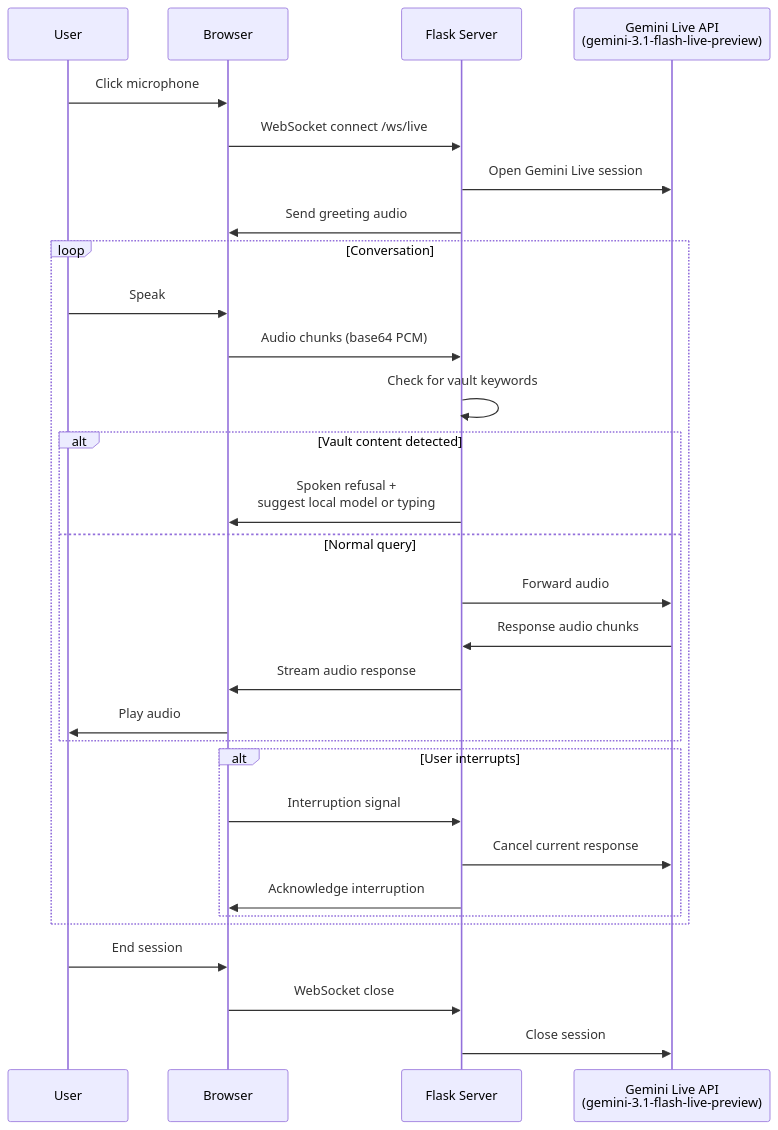
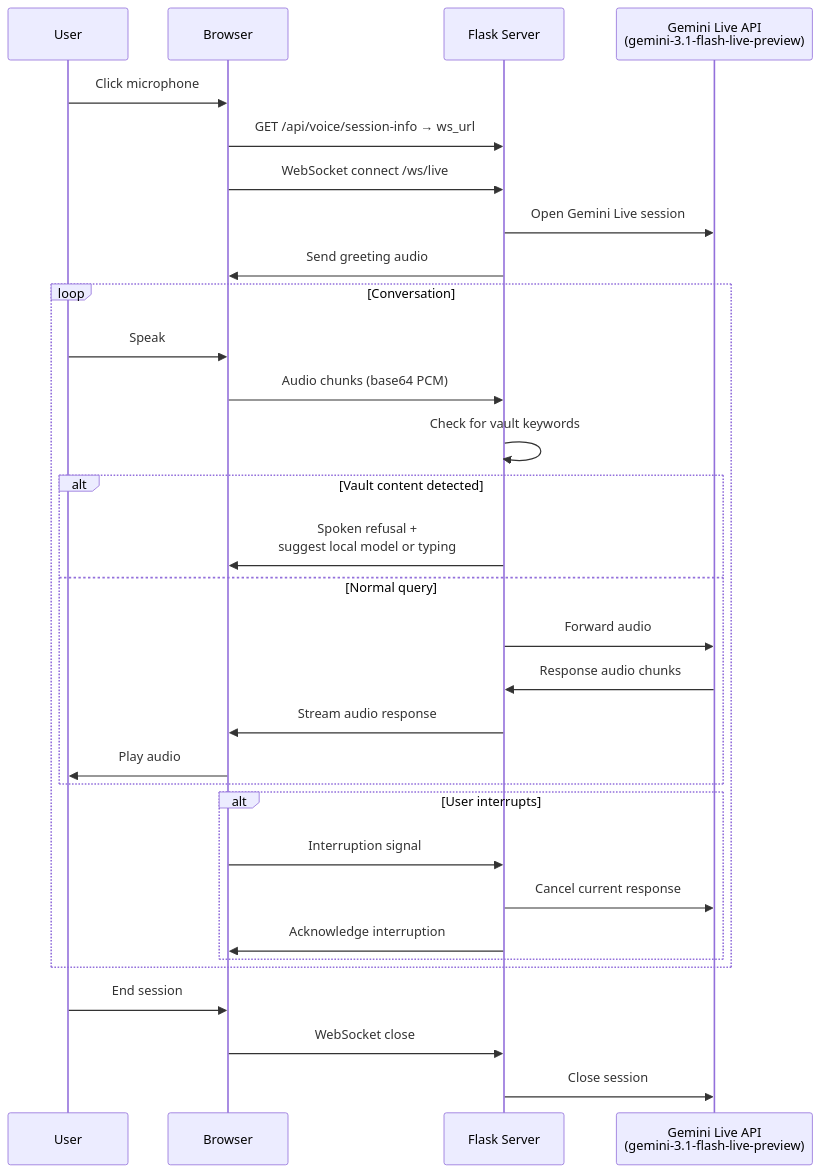
One commit to FutureSpeakAI/Agent-Friday changed the fifth of 8 diagrams in docs/ARCHITECTURE.md. Above: the diagram before and after it, drawn with Mermaid. The commit also changed other lines of this file and 34 other files, not shown here.

````diff
--- a/docs/ARCHITECTURE.md
+++ b/docs/ARCHITECTURE.md
@@ -217,37 +228,38 @@
 ```mermaid
 sequenceDiagram
     participant User
     participant Browser
     participant Flask as Flask Server
     participant Gemini as Gemini Live API<br/>(gemini-3.1-flash-live-preview)
 
     User->>Browser: Click microphone
+    Browser->>Flask: GET /api/voice/session-info → ws_url
     Browser->>Flask: WebSocket connect /ws/live
     Flask->>Gemini: Open Gemini Live session
     Flask->>Browser: Send greeting audio
 
     loop Conversation
         User->>Browser: Speak
         Browser->>Flask: Audio chunks (base64 PCM)
 
         Flask->>Flask: Check for vault keywords
         alt Vault content detected
             Flask->>Browser: Spoken refusal +<br/>suggest local model or typing
         else Normal query
             Flask->>Gemini: Forward audio
             Gemini->>Flask: Response audio chunks
             Flask->>Browser: Stream audio response
             Browser->>User: Play audio
         end
 
         alt User interrupts
             Browser->>Flask: Interruption signal
             Flask->>Gemini: Cancel current response
             Flask->>Browser: Acknowledge interruption
         end
     end
 
     User->>Browser: End session
     Browser->>Flask: WebSocket close
     Flask->>Gemini: Close session
 ```
````
